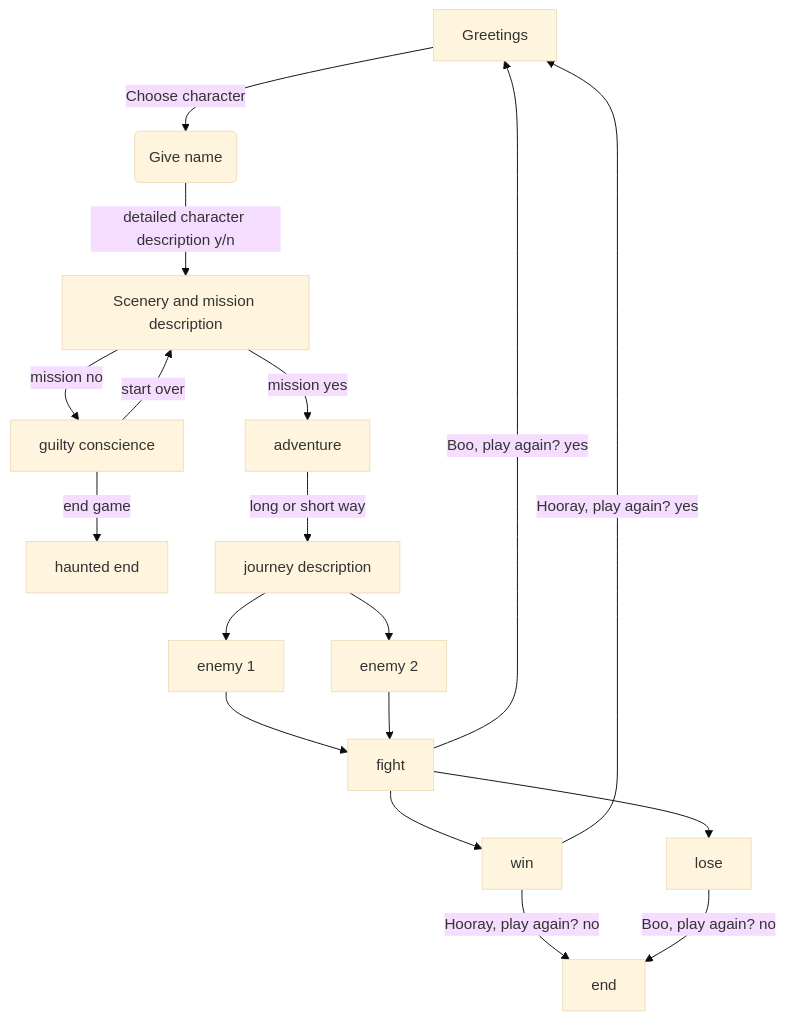
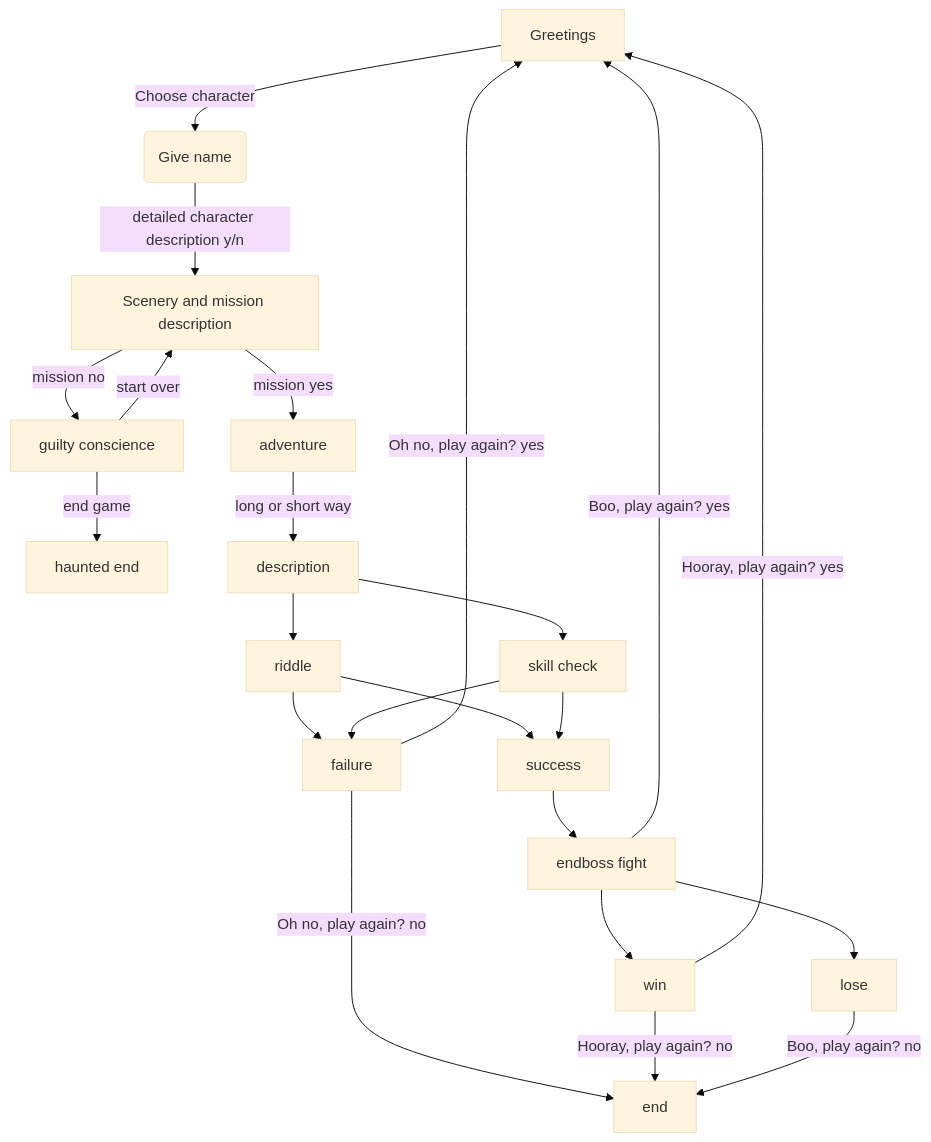
One commit to ElenaHBC/The-Vengeful-Wyrm changed the diagram in README.md. Above: the diagram before and after it, drawn with Mermaid (base theme). The commit also changed other lines of this file, not shown here.

````diff
--- a/README.md
+++ b/README.md
@@ -27,18 +33,21 @@
 ```mermaid
 flowchart TD
     A[Greetings] -->|Choose character| B(Give name) 
     B --> |detailed character description y/n| C[Scenery and mission description]
     C --> |mission yes| D[adventure]
-    C -->|mission no| E[guilty conscience]
+    C --> |mission no| E[guilty conscience]
     E --> |end game| F[haunted end]
     E --> |start over| C
-    D --> |long or short way| G[journey description]
-    G --> H[enemy 1]
-    G --> I[enemy 2]
-    H --> J[fight]
-    I --> J
+    D --> |long or short way| G[description]
+    G --> H[riddle] --> N[success]
+    G --> I[skill check] --> N
+    N --> J[endboss fight]
+    H --> O[failure]
+    I --> O
+    O --> |Oh no, play again? yes|A
+    O --> |Oh no, play again? no|M
     J --> K[win] --> |Hooray, play again? no| M[end]
     K --> |Hooray, play again? yes| A
     J --> L[lose] --> |Boo, play again? no| M
     J --> |Boo, play again? yes| A
 ```
````
